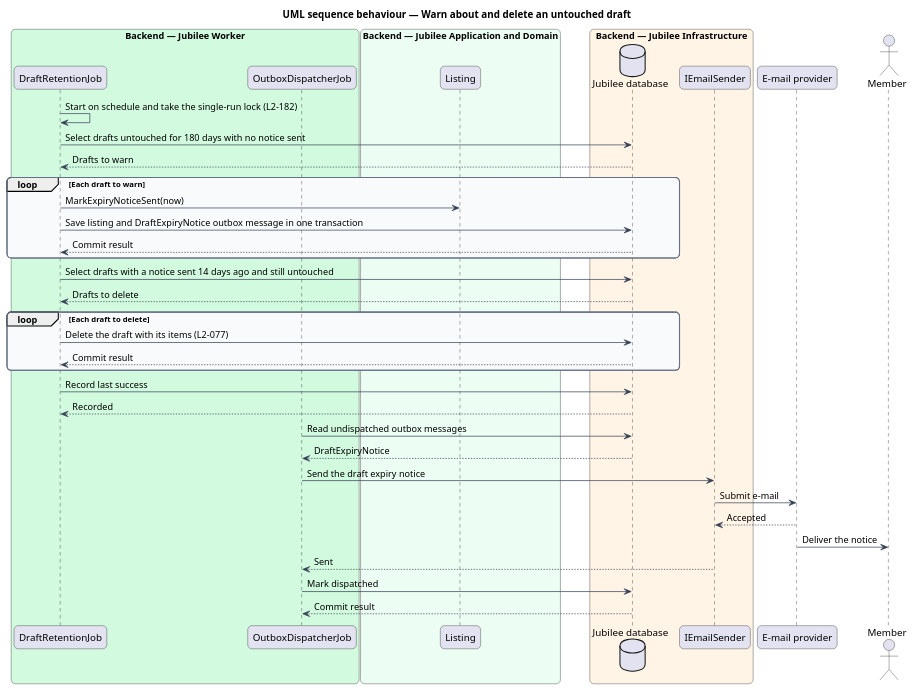
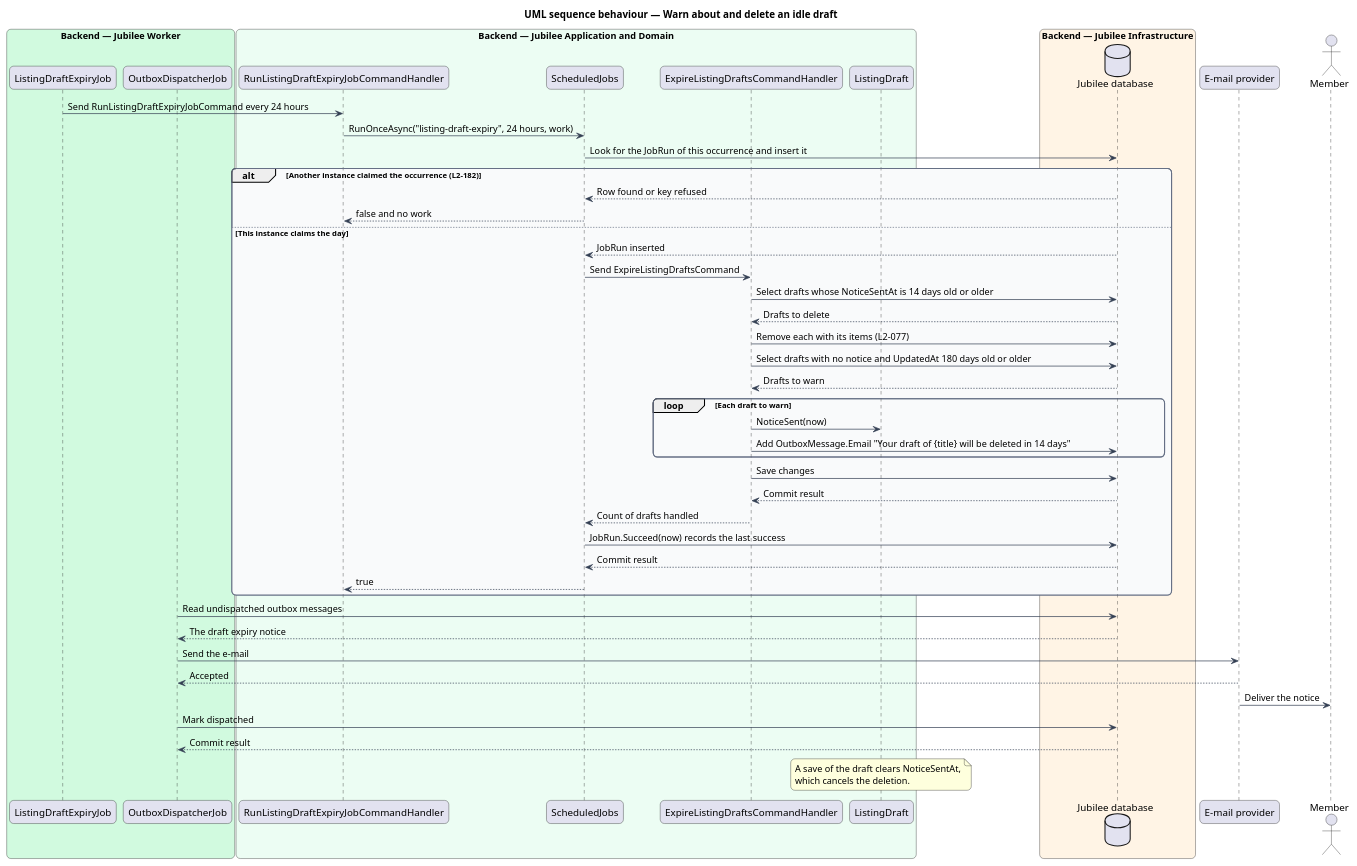
Before and after one commit to QuinntyneBrown/jubilee: the diagram in docs/detailed-designs/onboarding/save-draft/diagrams/sequence-retention.puml, drawn with PlantUML. The commit also changed 43 other files, not shown here.

```diff
--- a/docs/detailed-designs/onboarding/save-draft/diagrams/sequence-retention.puml
+++ b/docs/detailed-designs/onboarding/save-draft/diagrams/sequence-retention.puml
@@ -1,55 +1,68 @@
 @startuml
-title UML sequence behaviour — Warn about and delete an untouched draft
+title UML sequence behaviour — Warn about and delete an idle draft
 skinparam backgroundColor #FFFFFF
 skinparam shadowing false
 skinparam roundcorner 12
 skinparam defaultFontName Arial
 skinparam ArrowColor #344054
 skinparam rectangle {
   BorderColor #344054
   FontColor #101828
 }
 skinparam package {
   BorderColor #667085
   FontColor #101828
   BackgroundColor #F9FAFB
 }
 box "Backend — Jubilee Worker" #D1FADF
-  participant "DraftRetentionJob" as job
+  participant "ListingDraftExpiryJob" as job
   participant "OutboxDispatcherJob" as dispatcher
 end box
 box "Backend — Jubilee Application and Domain" #ECFDF3
-  participant "Listing" as entity
+  participant "RunListingDraftExpiryJobCommandHandler" as run
+  participant "ScheduledJobs" as jobs
+  participant "ExpireListingDraftsCommandHandler" as expire
+  participant "ListingDraft" as entity
 end box
 box "Backend — Jubilee Infrastructure" #FFF4E5
   database "Jubilee database" as db
-  participant "IEmailSender" as sender
 end box
 participant "E-mail provider" as provider
 actor "Member" as actor
-job -> job : Start on schedule and take the single-run lock (L2-182)
-job -> db : Select drafts untouched for 180 days with no notice sent
-db --> job : Drafts to warn
-loop Each draft to warn
-  job -> entity : MarkExpiryNoticeSent(now)
-  job -> db : Save listing and DraftExpiryNotice outbox message in one transaction
-  db --> job : Commit result
+job -> run : Send RunListingDraftExpiryJobCommand every 24 hours
+run -> jobs : RunOnceAsync("listing-draft-expiry", 24 hours, work)
+jobs -> db : Look for the JobRun of this occurrence and insert it
+alt Another instance claimed the occurrence (L2-182)
+  db --> jobs : Row found or key refused
+  jobs --> run : false and no work
+else This instance claims the day
+  db --> jobs : JobRun inserted
+  jobs -> expire : Send ExpireListingDraftsCommand
+  expire -> db : Select drafts whose NoticeSentAt is 14 days old or older
+  db --> expire : Drafts to delete
+  expire -> db : Remove each with its items (L2-077)
+  expire -> db : Select drafts with no notice and UpdatedAt 180 days old or older
+  db --> expire : Drafts to warn
+  loop Each draft to warn
+    expire -> entity : NoticeSent(now)
+    expire -> db : Add OutboxMessage.Email "Your draft of {title} will be deleted in 14 days"
+  end
+  expire -> db : Save changes
+  db --> expire : Commit result
+  expire --> jobs : Count of drafts handled
+  jobs -> db : JobRun.Succeed(now) records the last success
+  db --> jobs : Commit result
+  jobs --> run : true
 end
-job -> db : Select drafts with a notice sent 14 days ago and still untouched
-db --> job : Drafts to delete
-loop Each draft to delete
-  job -> db : Delete the draft with its items (L2-077)
-  db --> job : Commit result
-end
-job -> db : Record last success
-db --> job : Recorded
 dispatcher -> db : Read undispatched outbox messages
-db --> dispatcher : DraftExpiryNotice
-dispatcher -> sender : Send the draft expiry notice
-sender -> provider : Submit e-mail
-provider --> sender : Accepted
+db --> dispatcher : The draft expiry notice
+dispatcher -> provider : Send the e-mail
+provider --> dispatcher : Accepted
 provider -> actor : Deliver the notice
-sender --> dispatcher : Sent
 dispatcher -> db : Mark dispatched
 db --> dispatcher : Commit result
+note over entity
+  A save of the draft clears NoticeSentAt,
+  which cancels the deletion.
+end note
 @enduml
```
